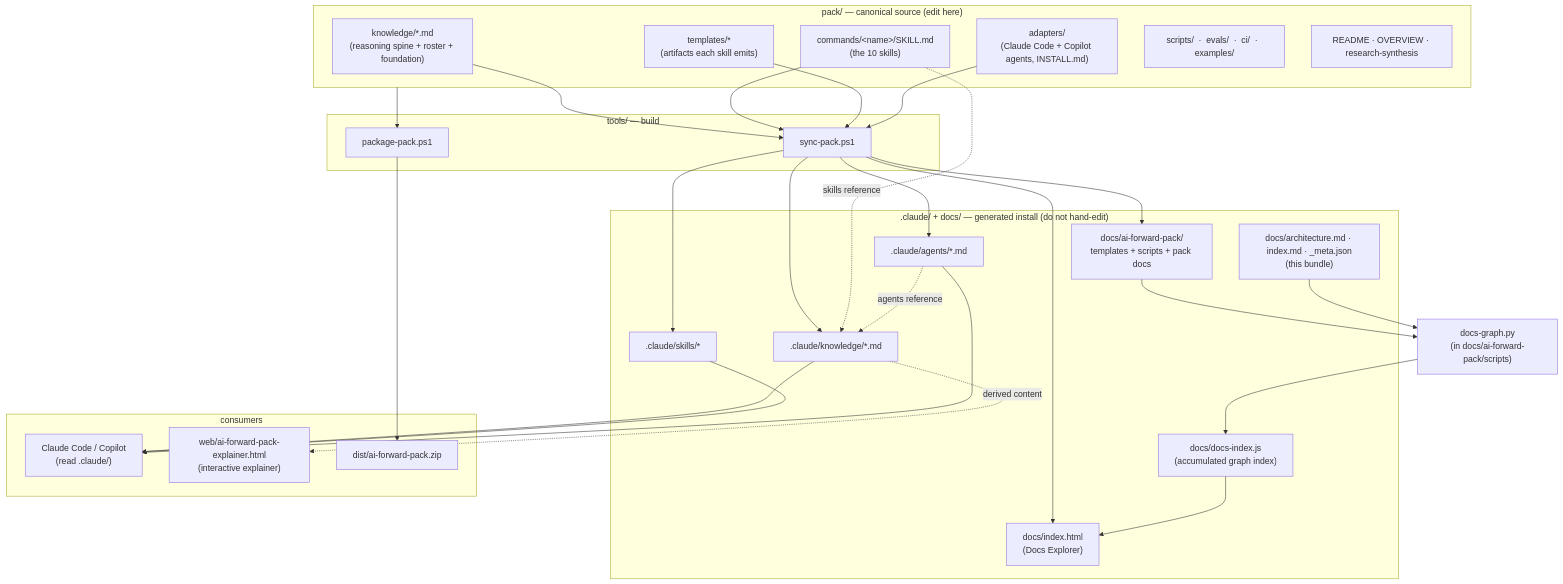
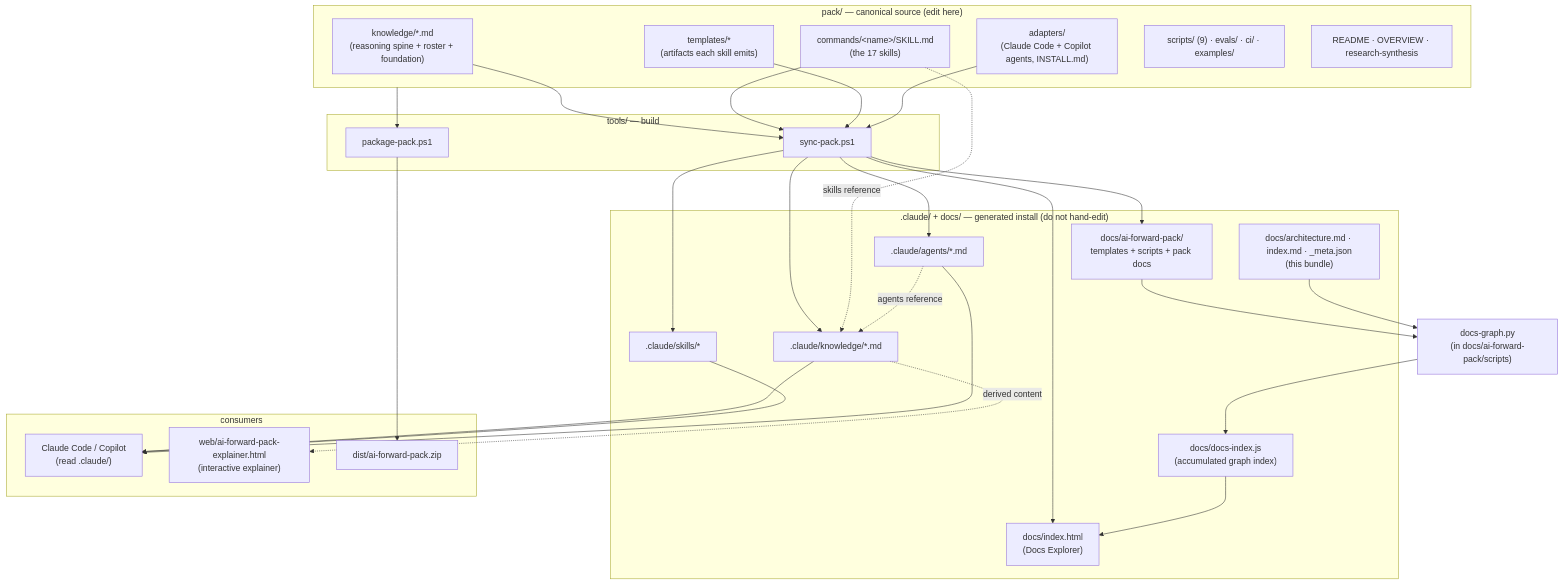
Before and after one commit to timianmalloo/ai-forward: the first of 4 diagrams in docs/architecture.md, drawn with Mermaid. The commit also changed other lines of this file and 27 other files, not shown here.

````diff
--- a/docs/architecture.md
+++ b/docs/architecture.md
@@ -55,49 +57,49 @@
 ```mermaid
 flowchart TB
   subgraph SRC["pack/ — canonical source (edit here)"]
     K["knowledge/*.md<br/>(reasoning spine + roster + foundation)"]
-    C["commands/&lt;name&gt;/SKILL.md<br/>(the 10 skills)"]
+    C["commands/&lt;name&gt;/SKILL.md<br/>(the 17 skills)"]
     T["templates/*<br/>(artifacts each skill emits)"]
     A["adapters/<br/>(Claude Code + Copilot agents, INSTALL.md)"]
-    SC["scripts/  ·  evals/  ·  ci/  ·  examples/"]
+    SC["scripts/ (9) · evals/ · ci/ · examples/"]
     PD["README · OVERVIEW · research-synthesis"]
   end
 
   subgraph TOOLS["tools/ — build"]
     SYNC["sync-pack.ps1"]
     PKG["package-pack.ps1"]
   end
 
   subgraph INSTALL[".claude/ + docs/ — generated install (do not hand-edit)"]
     CK[".claude/knowledge/*.md"]
     CS[".claude/skills/*"]
     CA[".claude/agents/*.md"]
     DP["docs/ai-forward-pack/<br/>templates + scripts + pack docs"]
     EXP["docs/index.html<br/>(Docs Explorer)"]
     IDX["docs/docs-index.js<br/>(accumulated graph index)"]
     ARCH["docs/architecture.md · index.md · _meta.json<br/>(this bundle)"]
   end
 
   subgraph CONSUMERS["consumers"]
     CC["Claude Code / Copilot<br/>(read .claude/)"]
     WEBE["web/ai-forward-pack-explainer.html<br/>(interactive explainer)"]
     ZIP["dist/ai-forward-pack.zip"]
   end
 
   K --> SYNC
   C --> SYNC
   T --> SYNC
   A --> SYNC
   SYNC --> CK & CS & CA & DP & EXP
   C -. "skills reference" .-> CK
   CA -. "agents reference" .-> CK
   DP --> GRAPH["docs-graph.py<br/>(in docs/ai-forward-pack/scripts)"]
   GRAPH --> IDX
   ARCH --> GRAPH
   IDX --> EXP
   CK --> CC
   CS --> CC
   CA --> CC
   SRC --> PKG --> ZIP
   CK -. "derived content" .-> WEBE
 ```
````
